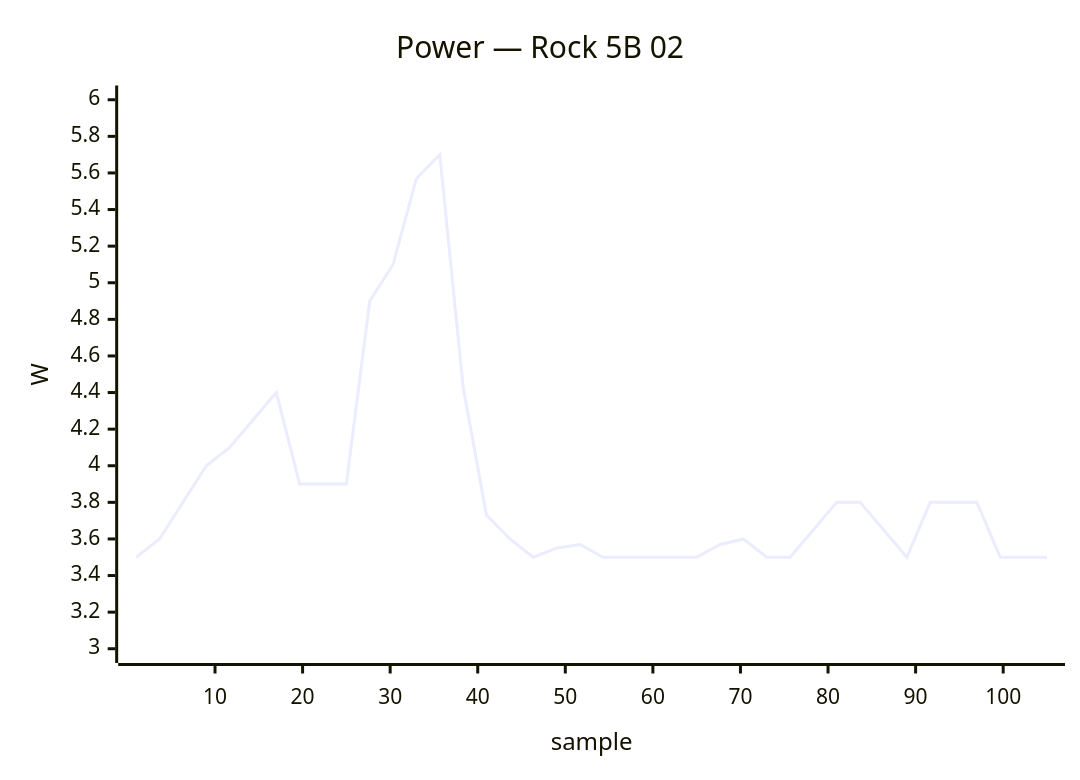
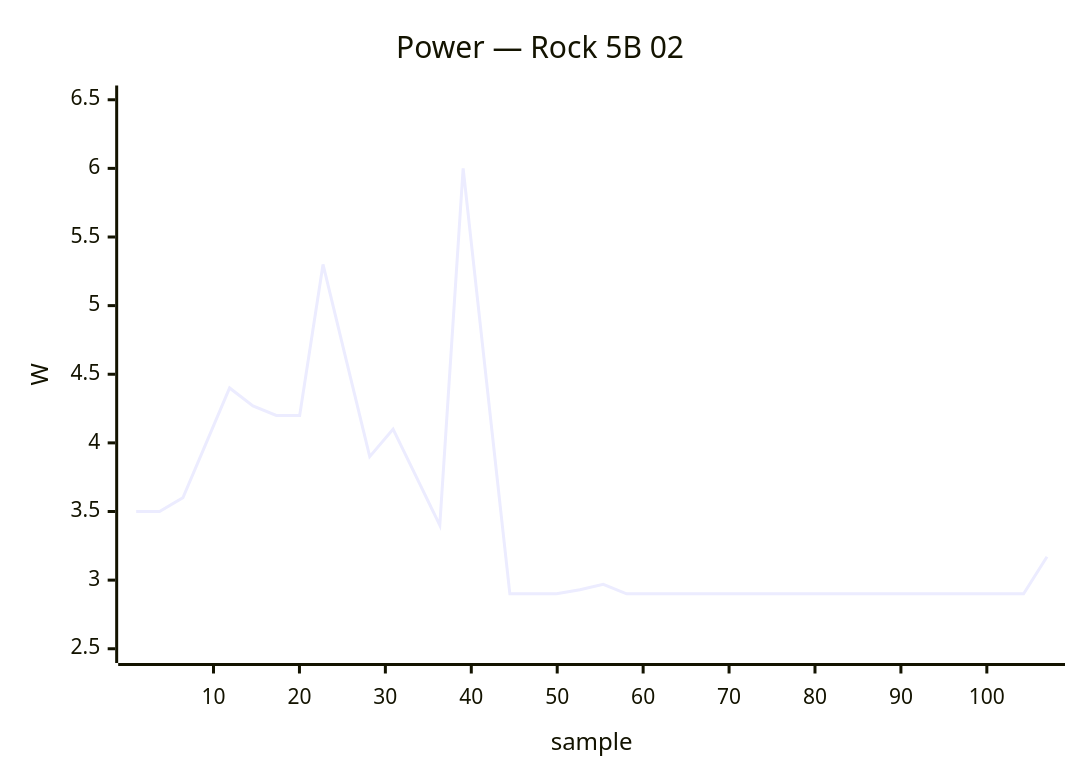
One commit to armbian/documentation changed the third of 34 diagrams in docs/status/board-tests.md. Above: the diagram before and after it, drawn with Mermaid. The commit also changed other lines of this file, not shown here.

````diff
--- a/docs/status/board-tests.md
+++ b/docs/status/board-tests.md
@@ -289,7 +203,7 @@
 ```mermaid
 xychart-beta
     title "Power — Rock 5B 02"
-    x-axis "sample" 1 --> 105
-    y-axis "W" 3.0 --> 6.0
-    line [3.50, 3.60, 3.80, 4.00, 4.10, 4.25, 4.40, 3.90, 3.90, 3.90, 4.90, 5.10, 5.57, 5.70, 4.43, 3.73, 3.60, 3.50, 3.55, 3.57, 3.50, 3.50, 3.50, 3.50, 3.50, 3.57, 3.60, 3.50, 3.50, 3.65, 3.80, 3.80, 3.65, 3.50, 3.80, 3.80, 3.80, 3.50, 3.50, 3.50]
+    x-axis "sample" 1 --> 107
+    y-axis "W" 2.5 --> 6.5
+    line [3.50, 3.50, 3.60, 4.00, 4.40, 4.27, 4.20, 4.20, 5.30, 4.60, 3.90, 4.10, 3.75, 3.40, 6.00, 4.45, 2.90, 2.90, 2.90, 2.93, 2.97, 2.90, 2.90, 2.90, 2.90, 2.90, 2.90, 2.90, 2.90, 2.90, 2.90, 2.90, 2.90, 2.90, 2.90, 2.90, 2.90, 2.90, 2.90, 3.17]
 ```
````
